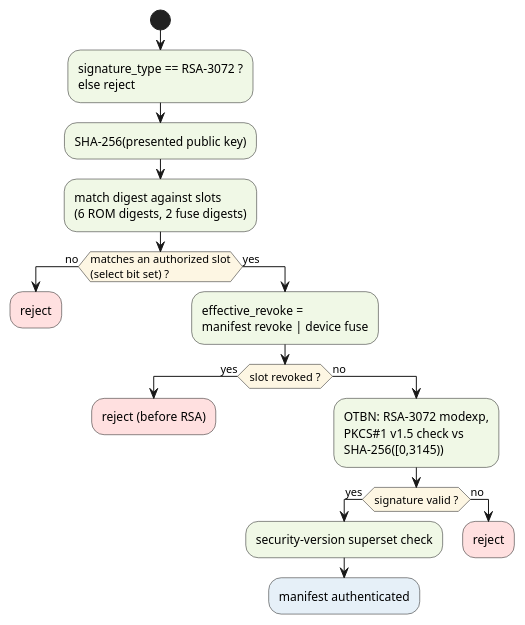
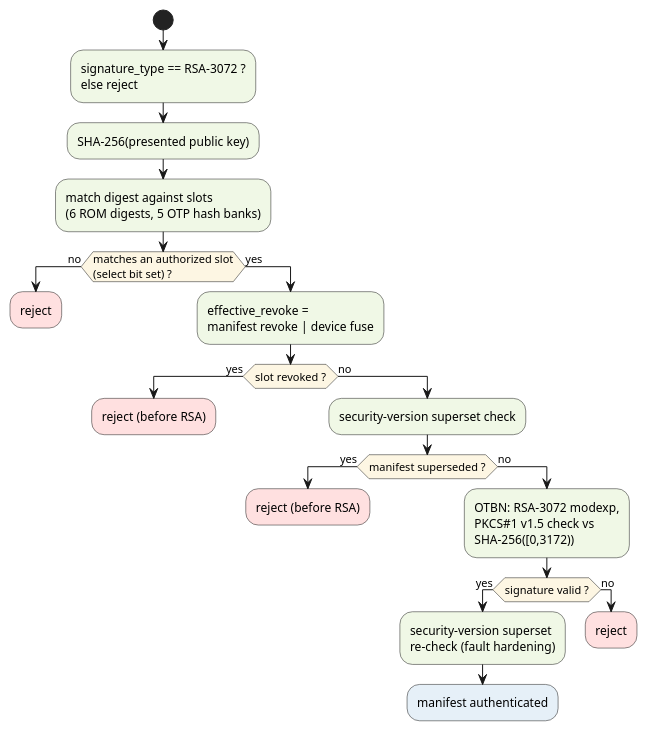
One commit to tenstorrent/tt-oca-harness changed the tenth of 15 diagrams in hw/sys/sep/doc/rom.adoc. Above: the diagram before and after it, drawn with PlantUML. The commit also changed other lines of this file and 10 other files, not shown here.

```diff
--- a/hw/sys/sep/doc/rom.adoc
+++ b/hw/sys/sep/doc/rom.adoc
@@ -1752,36 +1858,43 @@
 [plantuml,key-select-revoke,svg]
 ----
 @startuml
 skinparam ActivityBackgroundColor #f0f8e6
 skinparam ActivityDiamondBackgroundColor #fdf6e3
 start
 :signature_type == RSA-3072 ?
 else reject;
 :SHA-256(presented public key);
 :match digest against slots
-(6 ROM digests, 2 fuse digests);
+(6 ROM digests, 5 OTP hash banks);
 if (matches an authorized slot\n(select bit set) ?) then (no)
   #ffe0e0:reject;
   detach
 else (yes)
   :effective_revoke =
   manifest revoke | device fuse;
   if (slot revoked ?) then (yes)
     #ffe0e0:reject (before RSA);
     detach
   else (no)
-    :OTBN: RSA-3072 modexp,
-    PKCS#1 v1.5 check vs
-    SHA-256([0,3145));
-    if (signature valid ?) then (yes)
-      :security-version superset check;
-      #e6f0f8:manifest authenticated;
+    :security-version superset check;
+    if (manifest superseded ?) then (yes)
+      #ffe0e0:reject (before RSA);
       detach
     else (no)
-      #ffe0e0:reject;
-      detach
+      :OTBN: RSA-3072 modexp,
+      PKCS#1 v1.5 check vs
+      SHA-256([0,3172));
+      if (signature valid ?) then (yes)
+        :security-version superset
+        re-check (fault hardening);
+        #e6f0f8:manifest authenticated;
+        detach
+      else (no)
+        #ffe0e0:reject;
+        detach
+      endif
     endif
   endif
 endif
 @enduml
 ----
```
